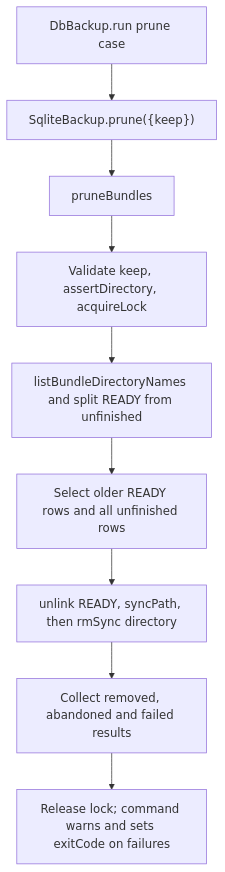
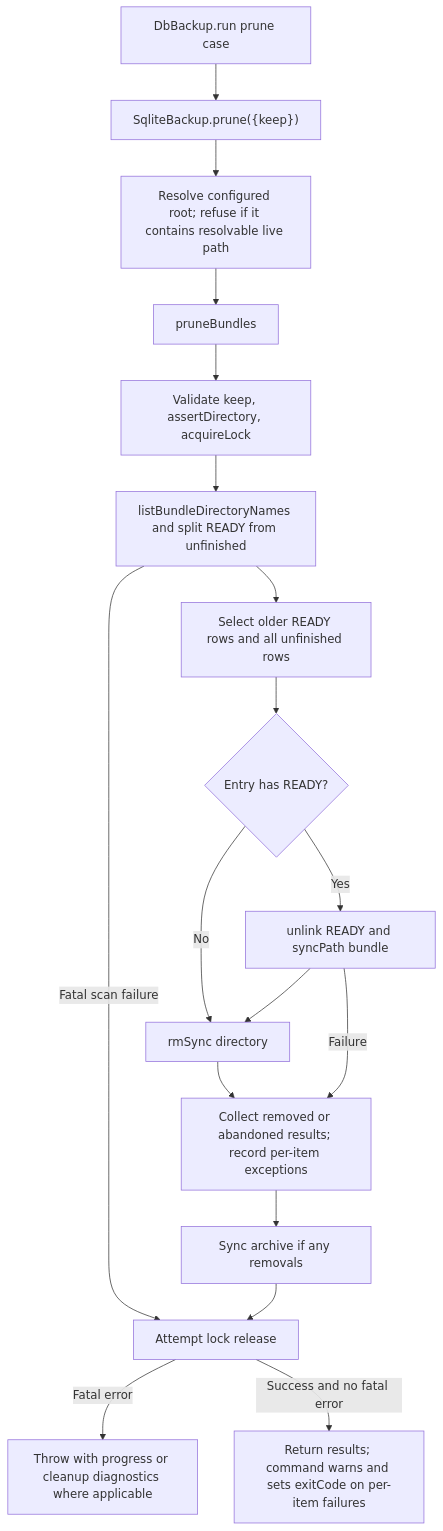
The second of 2 diagrams in user-stories/prune-bundles/us-op-05-prune-bundles.md (Kevinjohn/oss-adonisjs-sqlite-backup), drawn with Mermaid before and after one commit. The commit also changed other lines of this file and 12 other files, not shown here.

````diff
--- a/user-stories/prune-bundles/us-op-05-prune-bundles.md
+++ b/user-stories/prune-bundles/us-op-05-prune-bundles.md
@@ -41,11 +46,20 @@
 ```mermaid
 flowchart TD
     A["DbBackup.run prune case"] --> B["SqliteBackup.prune({keep})"]
-    B --> C["pruneBundles"]
+    B --> B1["Resolve configured root; refuse if it contains resolvable live path"]
+    B1 --> C["pruneBundles"]
     C --> D["Validate keep, assertDirectory, acquireLock"]
     D --> E["listBundleDirectoryNames and split READY from unfinished"]
     E --> F["Select older READY rows and all unfinished rows"]
-    F --> G["unlink READY, syncPath, then rmSync directory"]
-    G --> H["Collect removed, abandoned and failed results"]
-    H --> I["Release lock; command warns and sets exitCode on failures"]
+    F --> G{"Entry has READY?"}
+    G -->|Yes| G1["unlink READY and syncPath bundle"]
+    G -->|No| G2["rmSync directory"]
+    G1 --> G2
+    G2 --> H["Collect removed or abandoned results; record per-item exceptions"]
+    G1 -->|Failure| H
+    H --> S["Sync archive if any removals"]
+    E -->|Fatal scan failure| I
+    S --> I["Attempt lock release"]
+    I -->|Fatal error| X["Throw with progress or cleanup diagnostics where applicable"]
+    I -->|Success and no fatal error| J["Return results; command warns and sets exitCode on per-item failures"]
 ```
````
